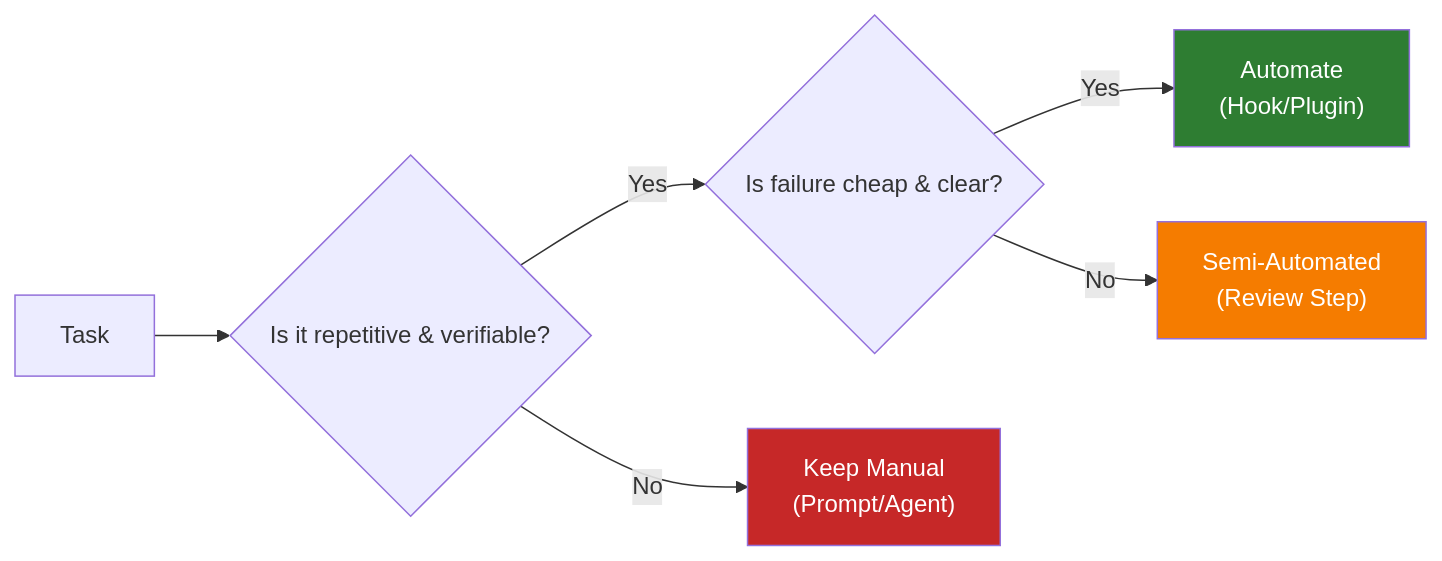
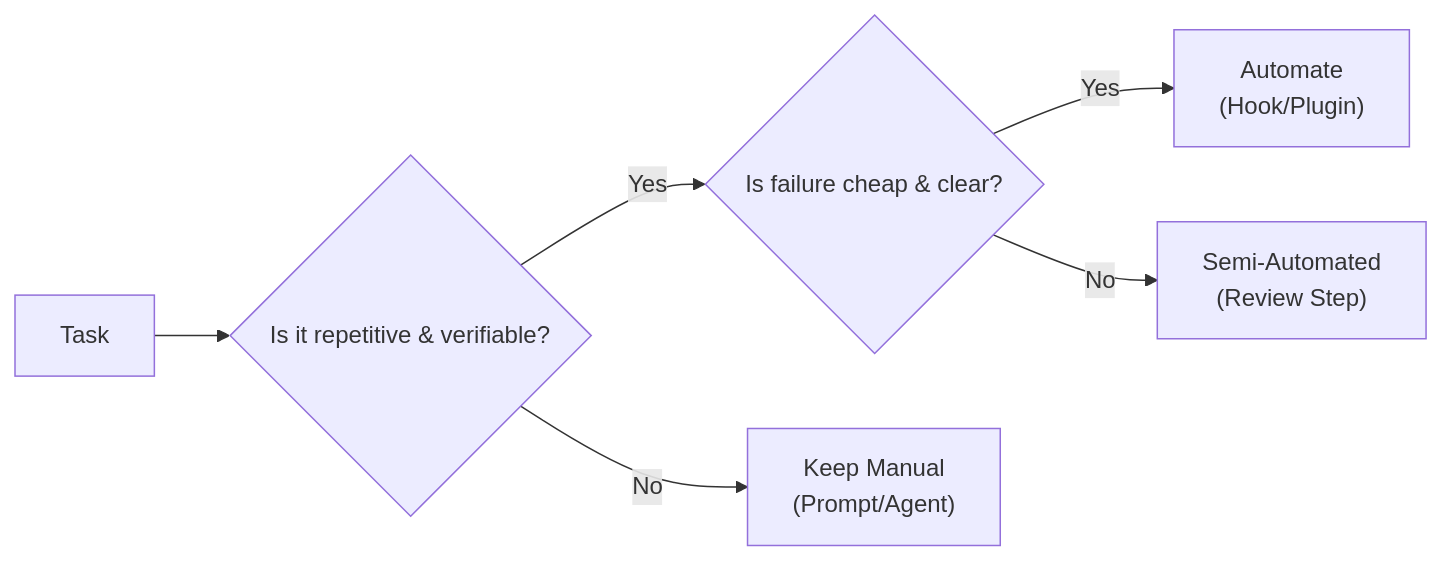
The diagram in 05-hooks-and-automation/README.md (VanGoghBuilder/opencode-harness-guide), drawn with Mermaid before and after one commit. The commit also changed other lines of this file and 19 other files, not shown here.

````diff
--- a/05-hooks-and-automation/README.md
+++ b/05-hooks-and-automation/README.md
@@ -31,12 +53,8 @@
 ```mermaid
 graph LR
     A["Task"] --> B{"Is it repetitive & verifiable?"}
     B -->|Yes| C{"Is failure cheap & clear?"}
     B -->|No| D["Keep Manual<br/>(Prompt/Agent)"]
     C -->|Yes| E["Automate<br/>(Hook/Plugin)"]
     C -->|No| F["Semi-Automated<br/>(Review Step)"]
-
-    style D fill:#C62828,color:#fff
-    style E fill:#2E7D32,color:#fff
-    style F fill:#F57C00,color:#fff
 ```
````
